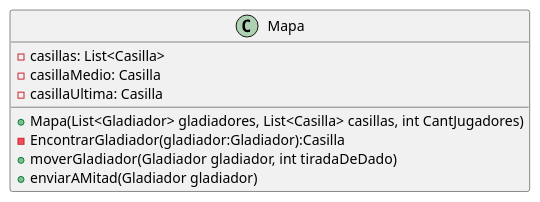
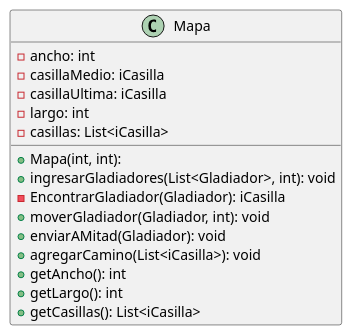
One commit to mcumskov/Algo3_tp2 changed the diagram in diagrams/clases/clase_mapa.plantuml. Above: the diagram before and after it, drawn with PlantUML. The commit also changed 25 other files, not shown here.

Commit message:
actualizo mas diagramas

```diff
--- a/diagrams/clases/clase_mapa.plantuml
+++ b/diagrams/clases/clase_mapa.plantuml
@@ -1,11 +1,21 @@
 @startuml
+skinparam linetype ortho
+
 class Mapa {
-    - casillas: List<Casilla>
-    - casillaMedio: Casilla
-    - casillaUltima: Casilla
-    + Mapa(List<Gladiador> gladiadores, List<Casilla> casillas, int CantJugadores)
-    - EncontrarGladiador(gladiador:Gladiador):Casilla
-    + moverGladiador(Gladiador gladiador, int tiradaDeDado)
-    + enviarAMitad(Gladiador gladiador)
+  + Mapa(int, int):
+  - ancho: int
+  - casillaMedio: iCasilla
+  - casillaUltima: iCasilla
+  - largo: int
+  - casillas: List<iCasilla>
+  + ingresarGladiadores(List<Gladiador>, int): void
+  - EncontrarGladiador(Gladiador): iCasilla
+  + moverGladiador(Gladiador, int): void
+  + enviarAMitad(Gladiador): void
+  + agregarCamino(List<iCasilla>): void
+  + getAncho(): int
+  + getLargo(): int
+  + getCasillas(): List<iCasilla>
 }
+
 @enduml
```
